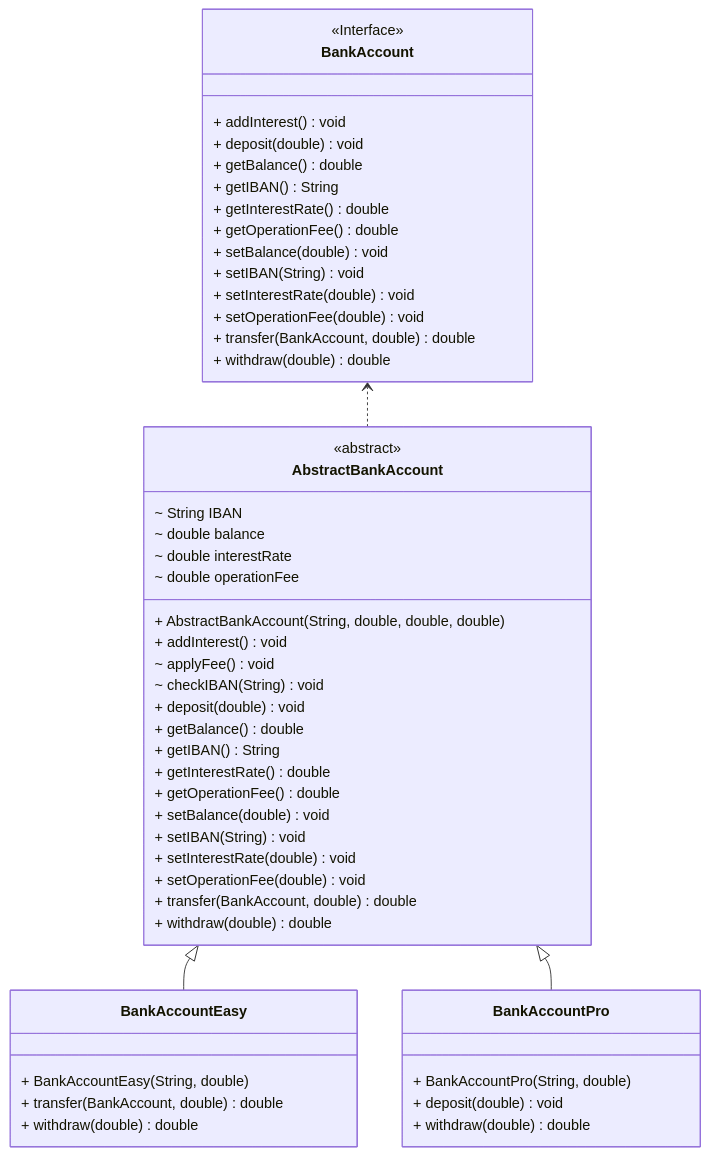
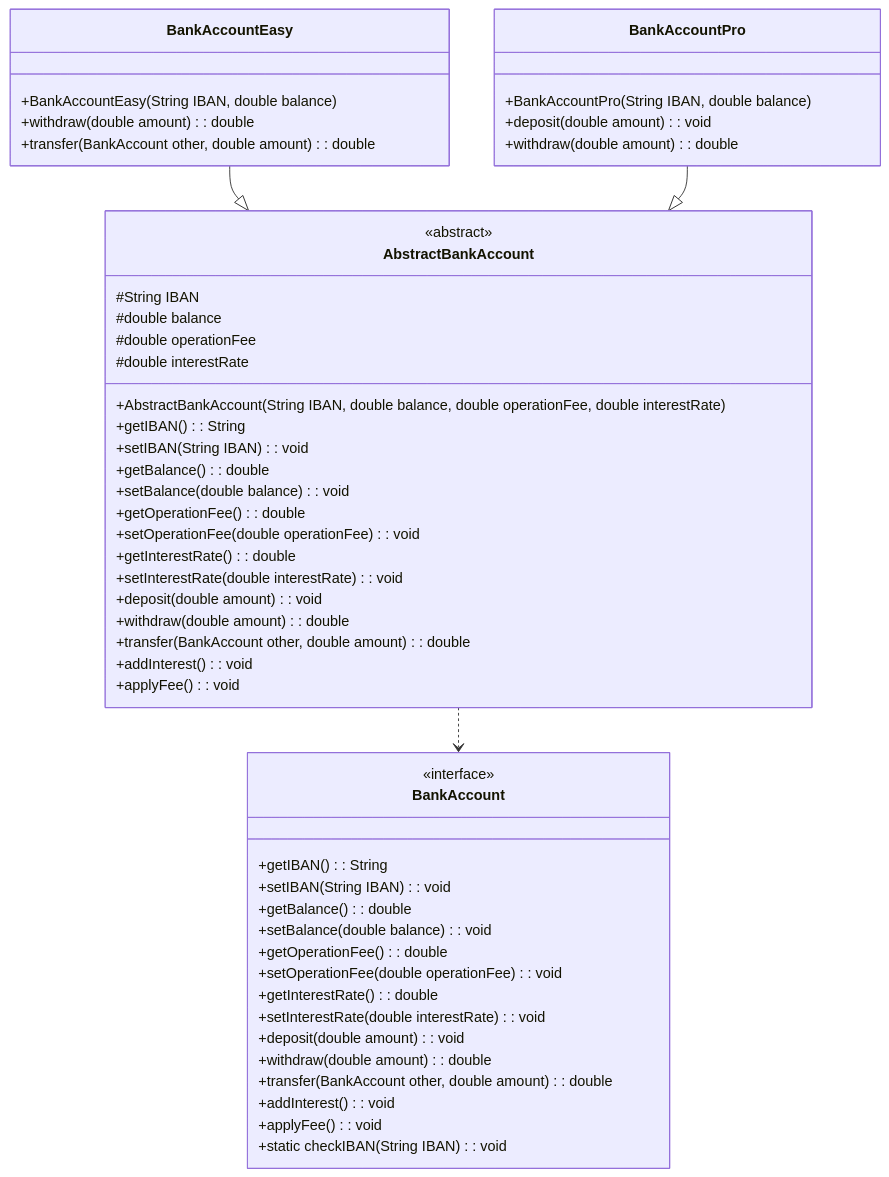
Before and after one commit to nbicocchi/learn-java-core: the tenth of 13 diagrams in code/exercises/src/main/java/com/nbicocchi/exercises/oop/README.md, drawn with Mermaid. The commit also changed other lines of this file and 6 other files, not shown here.

````diff
--- a/code/exercises/src/main/java/com/nbicocchi/exercises/oop/README.md
+++ b/code/exercises/src/main/java/com/nbicocchi/exercises/oop/README.md
@@ -349,55 +350,59 @@
 ```mermaid
 classDiagram
-direction BT
+    
 class AbstractBankAccount {
-  <<abstract>>
-  ~ String IBAN
-  ~ double balance
-  ~ double interestRate
-  ~ double operationFee
-  + AbstractBankAccount(String, double, double, double)
-  + addInterest() void
-  ~ applyFee() void
-  ~ checkIBAN(String) void
-  + deposit(double) void
-  + getBalance() double
-  + getIBAN() String
-  + getInterestRate() double
-  + getOperationFee() double
-  + setBalance(double) void
-  + setIBAN(String) void
-  + setInterestRate(double) void
-  + setOperationFee(double) void
-  + transfer(BankAccount, double) double
-  + withdraw(double) double
+    <<abstract>>
+#String IBAN
+#double balance
+#double operationFee
+#double interestRate
++AbstractBankAccount(String IBAN, double balance, double operationFee, double interestRate)
++getIBAN(): String
++setIBAN(String IBAN): void
++getBalance(): double
++setBalance(double balance): void
++getOperationFee(): double
++setOperationFee(double operationFee): void
++getInterestRate(): double
++setInterestRate(double interestRate): void
++deposit(double amount): void
++withdraw(double amount): double
++transfer(BankAccount other, double amount): double
++addInterest(): void
++applyFee(): void
 }
+
 class BankAccount {
-  <<Interface>>
-  + addInterest() void
-  + deposit(double) void
-  + getBalance() double
-  + getIBAN() String
-  + getInterestRate() double
-  + getOperationFee() double
-  + setBalance(double) void
-  + setIBAN(String) void
-  + setInterestRate(double) void
-  + setOperationFee(double) void
-  + transfer(BankAccount, double) double
-  + withdraw(double) double
+    <<interface>>
++getIBAN(): String
++setIBAN(String IBAN): void
++getBalance(): double
++setBalance(double balance): void
++getOperationFee(): double
++setOperationFee(double operationFee): void
++getInterestRate(): double
++setInterestRate(double interestRate): void
++deposit(double amount): void
++withdraw(double amount): double
++transfer(BankAccount other, double amount): double
++addInterest(): void
++applyFee(): void
++static checkIBAN(String IBAN) : void
 }
+
 class BankAccountEasy {
-  + BankAccountEasy(String, double)
-  + transfer(BankAccount, double) double
-  + withdraw(double) double
++BankAccountEasy(String IBAN, double balance)
++withdraw(double amount): double
++transfer(BankAccount other, double amount): double
 }
+
 class BankAccountPro {
-  + BankAccountPro(String, double)
-  + deposit(double) void
-  + withdraw(double) double
++BankAccountPro(String IBAN, double balance)
++deposit(double amount): void
++withdraw(double amount): double
 }
 
 AbstractBankAccount  ..>  BankAccount
 BankAccountEasy  --|>  AbstractBankAccount
 BankAccountPro  --|>  AbstractBankAccount
 ```
````
